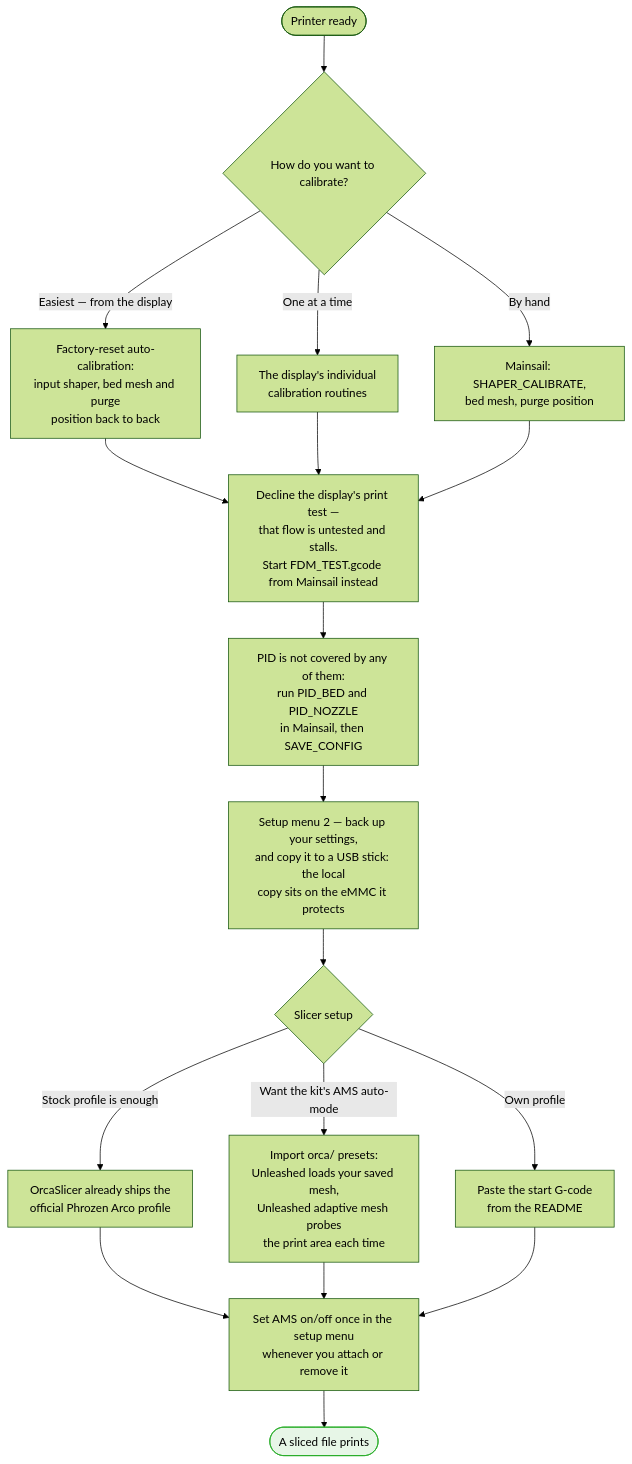
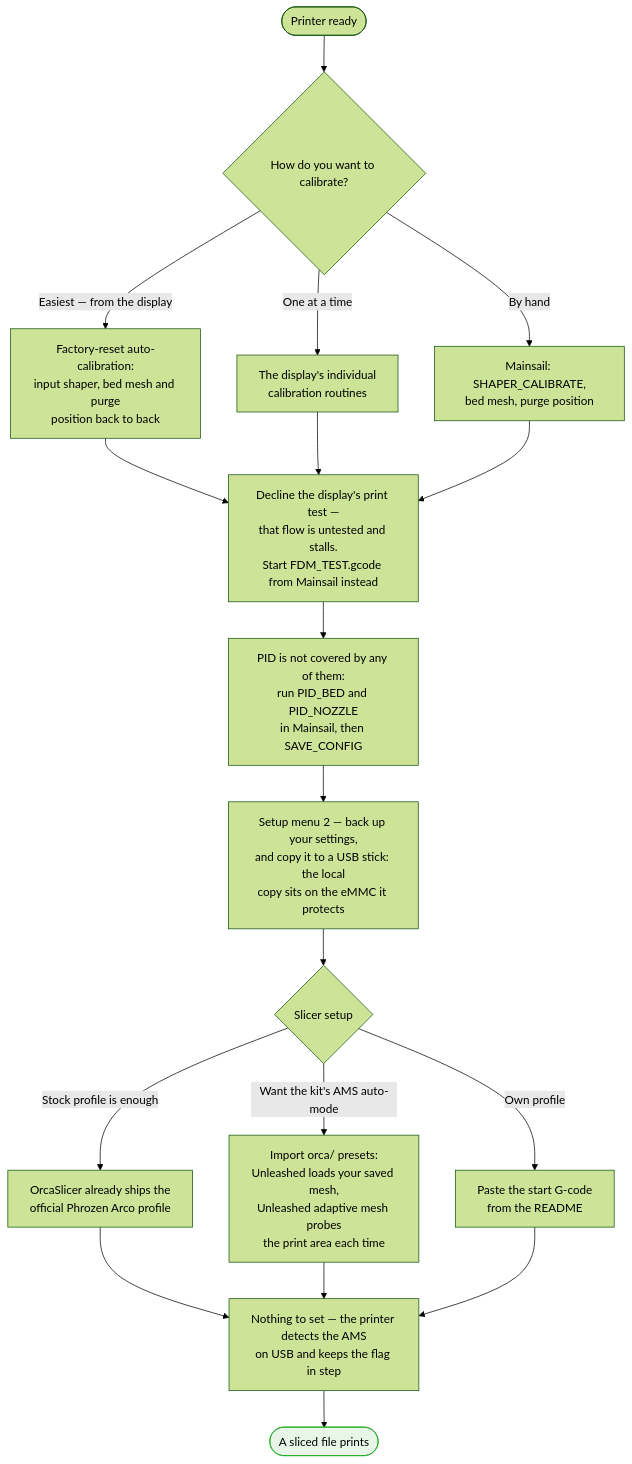
The tenth of 16 diagrams in INSTALL-FLOWCHARTS.md (solutionphil/arco-unleashed), drawn with Mermaid (forest theme) before and after one commit. The commit also changed other lines of this file and 7 other files, not shown here.

````diff
--- a/INSTALL-FLOWCHARTS.md
+++ b/INSTALL-FLOWCHARTS.md
@@ -352,23 +353,23 @@
 ```mermaid
 flowchart TD
     C0(["Printer ready"]) --> C1{"How do you want to calibrate?"}
     C1 -->|"Easiest — from the display"| C2["Factory-reset auto-calibration:<br/>input shaper, bed mesh and purge<br/>position back to back"]
     C1 -->|"One at a time"| C3["The display's individual<br/>calibration routines"]
     C1 -->|"By hand"| C4["Mainsail: SHAPER_CALIBRATE,<br/>bed mesh, purge position"]
     C2 --> SKIP["Decline the display's print test —<br/>that flow is untested and stalls.<br/>Start FDM_TEST.gcode from Mainsail instead"]
     C3 --> SKIP
     C4 --> SKIP
     SKIP --> PID["PID is not covered by any of them:<br/>run PID_BED and PID_NOZZLE<br/>in Mainsail, then SAVE_CONFIG"]
     PID --> SAVE["Setup menu 2 — back up your settings,<br/>and copy it to a USB stick: the local<br/>copy sits on the eMMC it protects"]
     SAVE --> ORCA{"Slicer setup"}
     ORCA -->|"Stock profile is enough"| O1["OrcaSlicer already ships the<br/>official Phrozen Arco profile"]
     ORCA -->|"Want the kit's AMS auto-mode"| O2["Import orca/ presets:<br/>Unleashed loads your saved mesh,<br/>Unleashed adaptive mesh probes<br/>the print area each time"]
     ORCA -->|"Own profile"| O3["Paste the start G-code<br/>from the README"]
-    O1 --> AMS["Set AMS on/off once in the setup menu<br/>whenever you attach or remove it"]
+    O1 --> AMS["Nothing to set — the printer detects the AMS<br/>on USB and keeps the flag in step"]
     O2 --> AMS
     O3 --> AMS
     AMS --> P(["A sliced file prints"])
 
     classDef okay fill:#e7f6e7,stroke:#22aa22,color:#000
     class P okay
 ```
````
